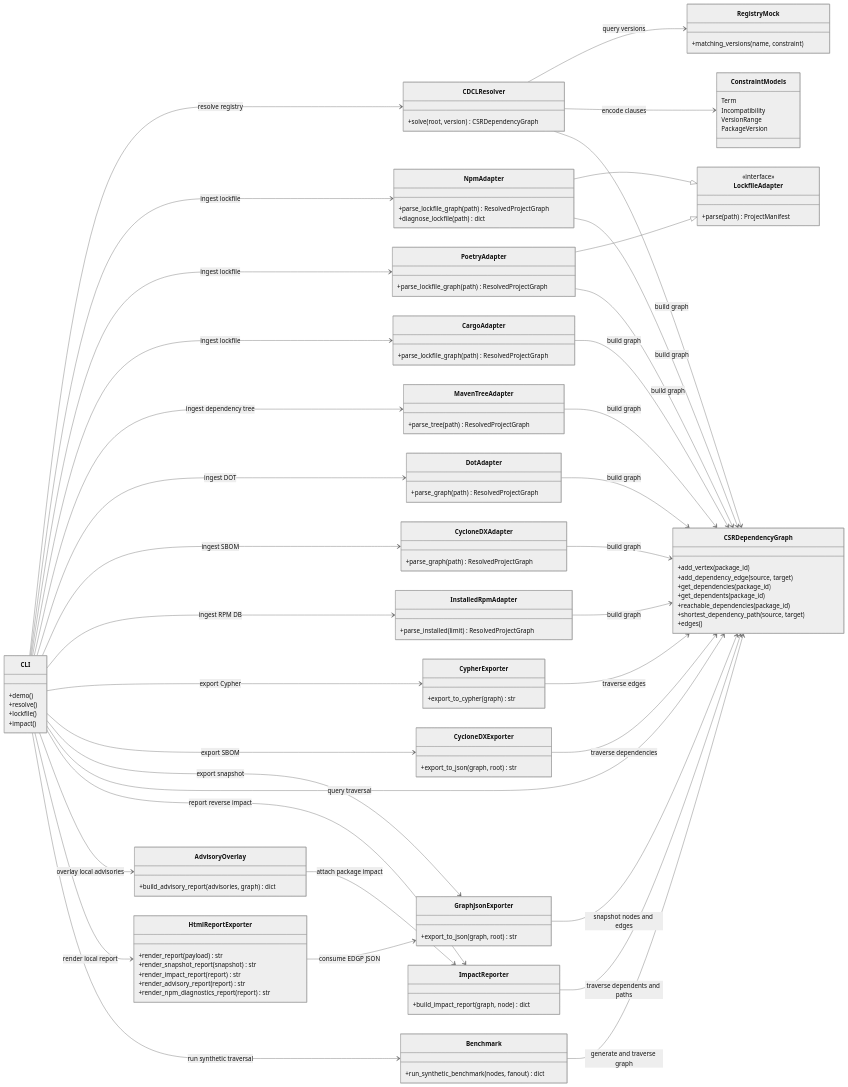
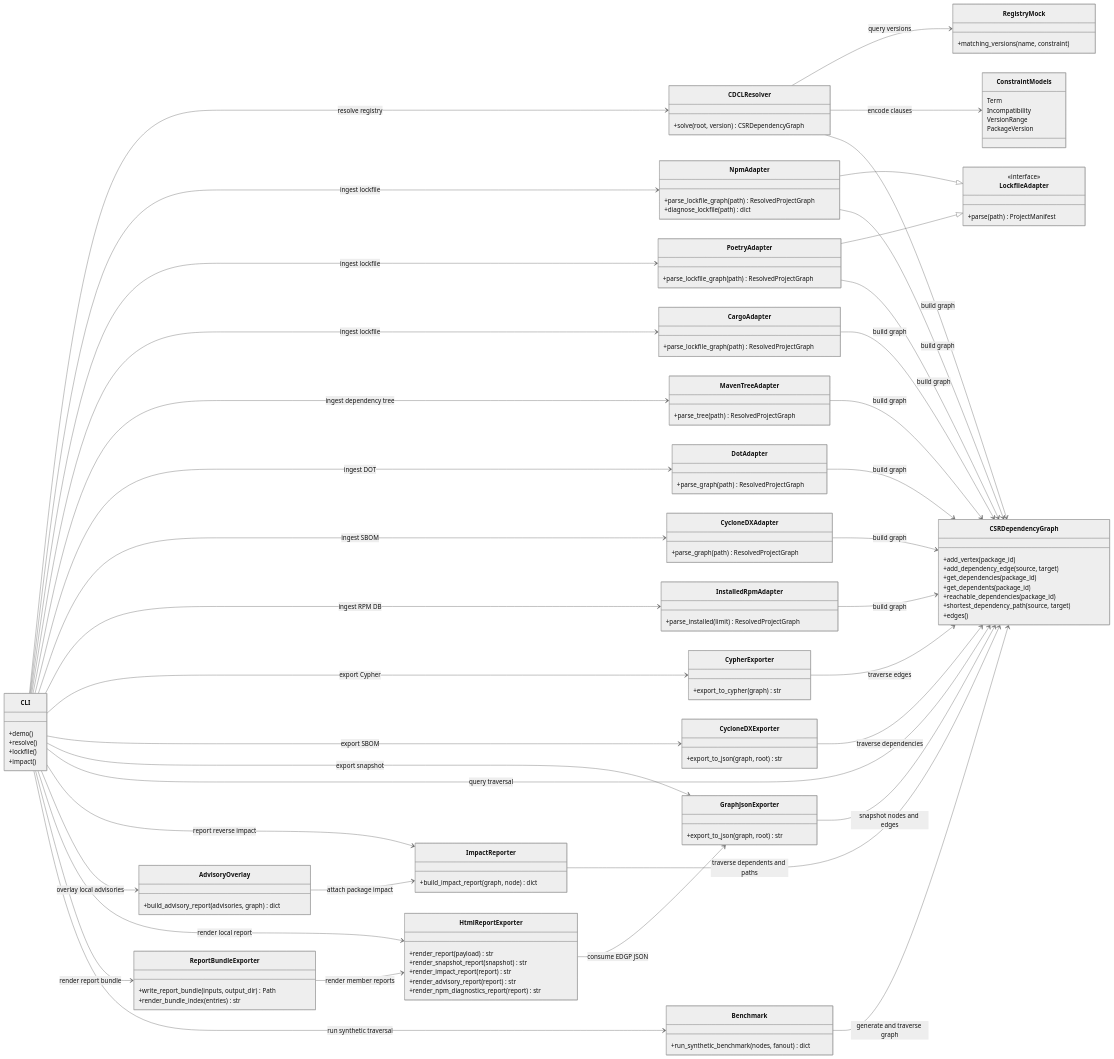
Before and after one commit to xsub/EnterpriseLinux-SoftwareSupplyChain: the first of 2 diagrams in README.md, drawn with Mermaid (neutral theme). The commit also changed other lines of this file and 6 other files, not shown here.

Commit message:
Add static HTML report bundles

````diff
--- a/README.md
+++ b/README.md
@@ -232,6 +233,10 @@
   +render_advisory_report(report) str
   +render_npm_diagnostics_report(report) str
 }
+class ReportBundleExporter {
+  +write_report_bundle(inputs, output_dir) Path
+  +render_bundle_index(entries) str
+}
 class Benchmark {
   +run_synthetic_benchmark(nodes, fanout) dict
 }
@@ -268,6 +273,7 @@
 CLI --> ImpactReporter : report reverse impact
 CLI --> AdvisoryOverlay : overlay local advisories
 CLI --> HtmlReportExporter : render local report
+CLI --> ReportBundleExporter : render report bundle
 CLI --> Benchmark : run synthetic traversal
 CypherExporter --> CSRDependencyGraph : traverse edges
 CycloneDXExporter --> CSRDependencyGraph : traverse dependencies
@@ -275,5 +281,6 @@
 ImpactReporter --> CSRDependencyGraph : traverse dependents and paths
 AdvisoryOverlay --> ImpactReporter : attach package impact
 HtmlReportExporter --> GraphJsonExporter : consume EDGP JSON
+ReportBundleExporter --> HtmlReportExporter : render member reports
 Benchmark --> CSRDependencyGraph : generate and traverse graph
 ```
````
